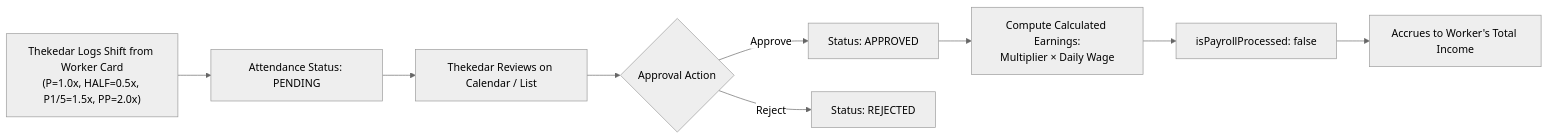
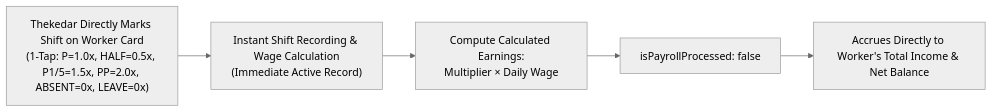
The third of 5 diagrams in README.md (ranjit-sharma/FurniCraft), drawn with Mermaid (neutral theme) before and after one commit. The commit also changed other lines of this file and 2 other files, not shown here.

Commit message:
feat(attendance): direct Thekedar-only single-tap shift recording; eliminate approval queues

````diff
--- a/README.md
+++ b/README.md
@@ -130,13 +130,7 @@
 ```mermaid
 flowchart LR
-    WMark["Thekedar Logs Shift from Worker Card<br/>(P=1.0x, HALF=0.5x, P1/5=1.5x, PP=2.0x)"] --> StatusPending["Attendance Status: PENDING"]
-    StatusPending --> TReview["Thekedar Reviews on Calendar / List"]
-    
-    TReview --> TAction{Approval Action}
-    TAction -- Approve --> Approved["Status: APPROVED"]
-    TAction -- Reject --> Rejected["Status: REJECTED"]
-    
-    Approved --> CalcEarn["Compute Calculated Earnings:<br/>Multiplier × Daily Wage"]
+    WMark["Thekedar Directly Marks Shift on Worker Card<br/>(1-Tap: P=1.0x, HALF=0.5x, P1/5=1.5x, PP=2.0x, ABSENT=0x, LEAVE=0x)"] --> DirectConfirm["Instant Shift Recording & Wage Calculation<br/>(Immediate Active Record)"]
+    DirectConfirm --> CalcEarn["Compute Calculated Earnings:<br/>Multiplier × Daily Wage"]
     CalcEarn --> Unprocessed["isPayrollProcessed: false"]
-    Unprocessed --> TotalIncome["Accrues to Worker's Total Income"]
+    Unprocessed --> TotalIncome["Accrues Directly to Worker's Total Income & Net Balance"]
 ```
````
